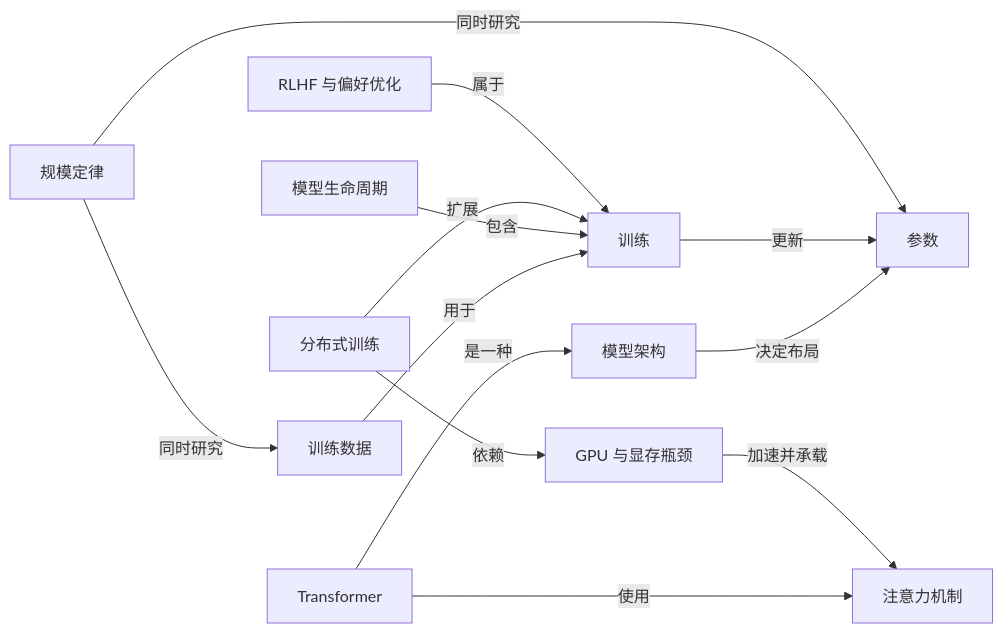
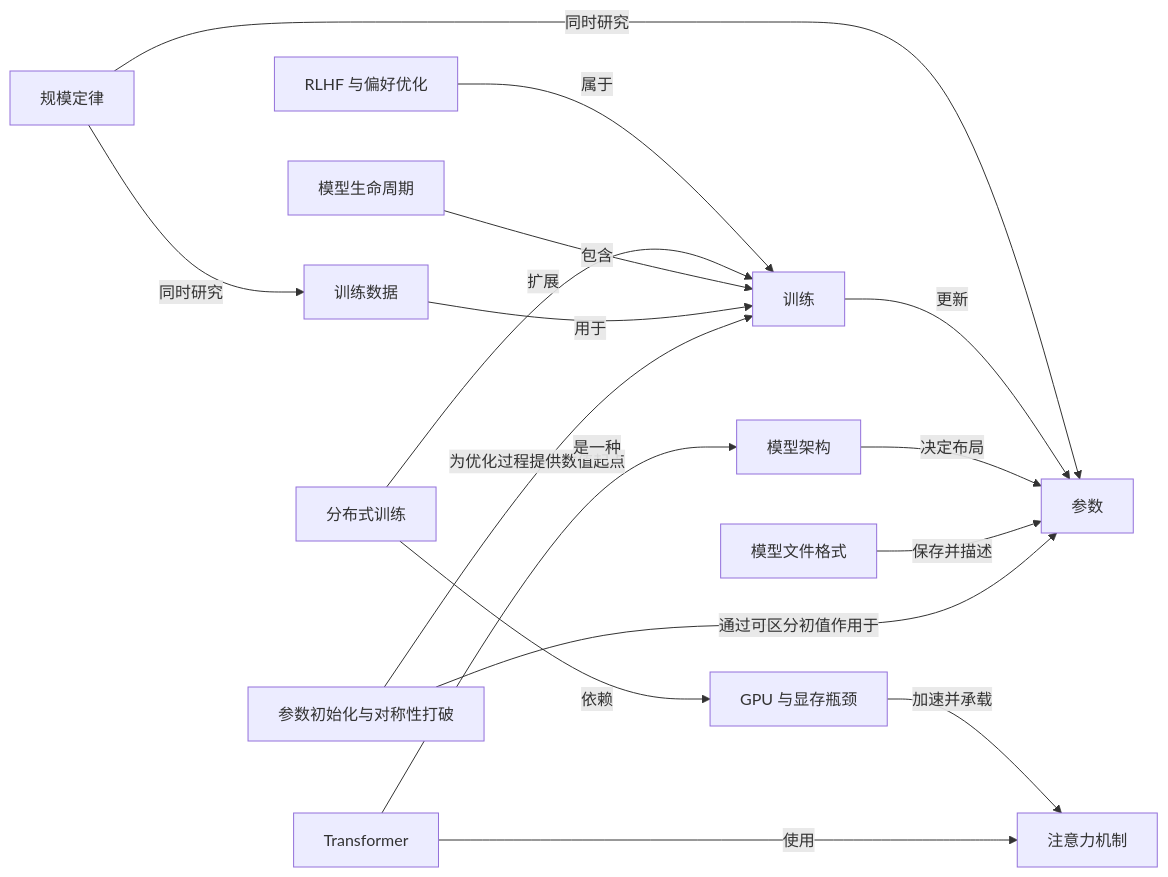
Before and after one commit to z-Zihan/LLM-101: the second of 9 diagrams in 知识网络.md, drawn with Mermaid. The commit also changed other lines of this file and 16 other files, not shown here.

````diff
--- a/知识网络.md
+++ b/知识网络.md
@@ -134,26 +139,31 @@
 ```mermaid
 flowchart LR
     n_parameter["参数"]
     n_training_data["训练数据"]
+    n_symmetry_breaking["参数初始化与对称性打破"]
+    n_model_file_format["模型文件格式"]
     n_model_lifecycle["模型生命周期"]
     n_architecture["模型架构"]
     n_transformer["Transformer"]
     n_attention["注意力机制"]
     n_training["训练"]
     n_scaling_laws["规模定律"]
     n_gpu_compute["GPU 与显存瓶颈"]
     n_distributed_training["分布式训练"]
     n_preference_alignment["RLHF 与偏好优化"]
+    n_symmetry_breaking -->|"通过可区分初值作用于"| n_parameter
+    n_symmetry_breaking -->|"为优化过程提供数值起点"| n_training
+    n_model_file_format -->|"保存并描述"| n_parameter
     n_architecture -->|"决定布局"| n_parameter
     n_transformer -->|"是一种"| n_architecture
     n_training_data -->|"用于"| n_training
     n_training -->|"更新"| n_parameter
     n_model_lifecycle -->|"包含"| n_training
     n_transformer -->|"使用"| n_attention
     n_scaling_laws -->|"同时研究"| n_parameter
     n_scaling_laws -->|"同时研究"| n_training_data
     n_gpu_compute -->|"加速并承载"| n_attention
     n_distributed_training -->|"扩展"| n_training
     n_distributed_training -->|"依赖"| n_gpu_compute
     n_preference_alignment -->|"属于"| n_training
 ```
````
